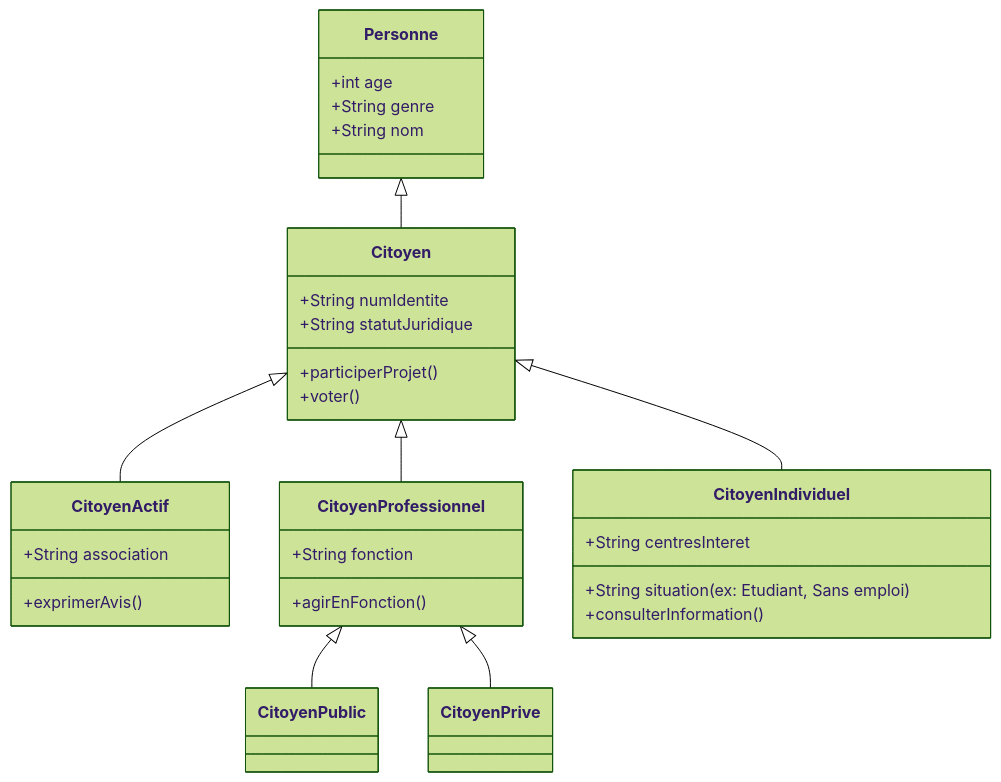
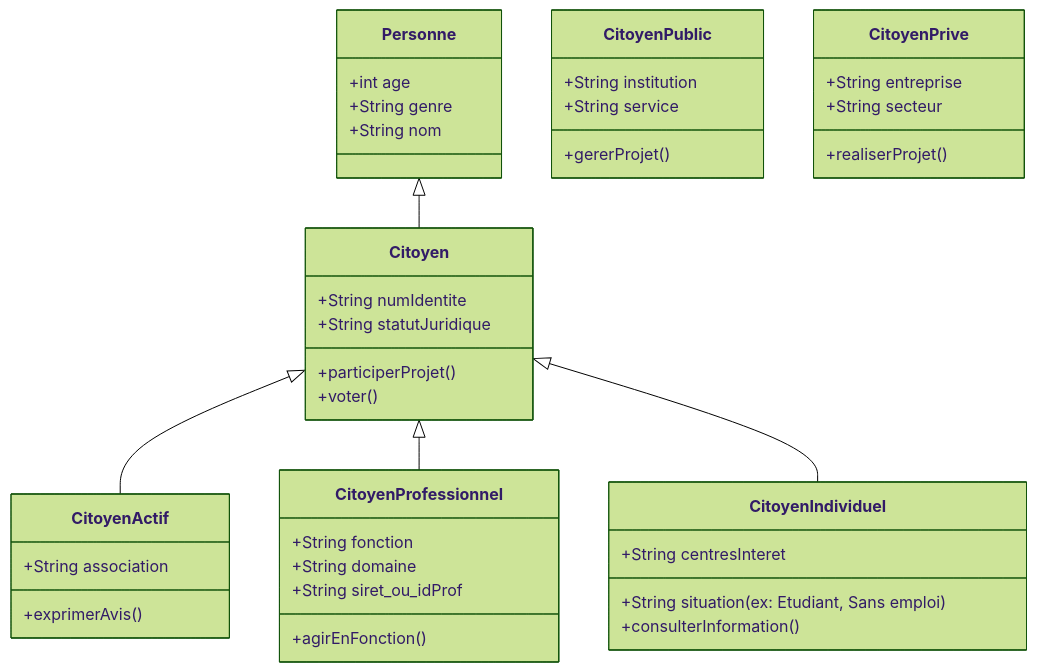
One commit to kahiarchi/LeBatiment_PlaineSaintDenis changed the diagram in acteurskahiarchi.md. Above: the diagram before and after it, drawn with Mermaid (forest theme).

````diff
--- a/acteurskahiarchi.md
+++ b/acteurskahiarchi.md
@@ -1,40 +1,51 @@
 ```mermaid
 classDiagram
     Personne <|-- Citoyen
     Citoyen <|-- CitoyenActif
     Citoyen <|-- CitoyenProfessionnel
     Citoyen <|-- CitoyenIndividuel
 
   class Personne {
       +int age
       +String genre
       +String nom
   }
 
   class Citoyen {
        +String numIdentite
       +String statutJuridique
       +participerProjet()
       +voter()
   }
 
   class CitoyenIndividuel {
       +String situation (ex: Etudiant, Sans emploi)
       +String centresInteret
       +consulterInformation()
   }
 
   class CitoyenActif {
       +String association
       +exprimerAvis()
   }
 
   class CitoyenProfessionnel {
       +String fonction
+      +String domaine
+      +String siret_ou_idProf
       +agirEnFonction()
   }
 
-  CitoyenProfessionnel <|-- CitoyenPublic
-  CitoyenProfessionnel <|-- CitoyenPrive
+  class CitoyenPublic {
+      +String institution
+      +String service
+      +gererProjet()
+  }
+
+  class CitoyenPrive {
+      +String entreprise
+      +String secteur
+      +realiserProjet()
+  }
   
 ```
````
